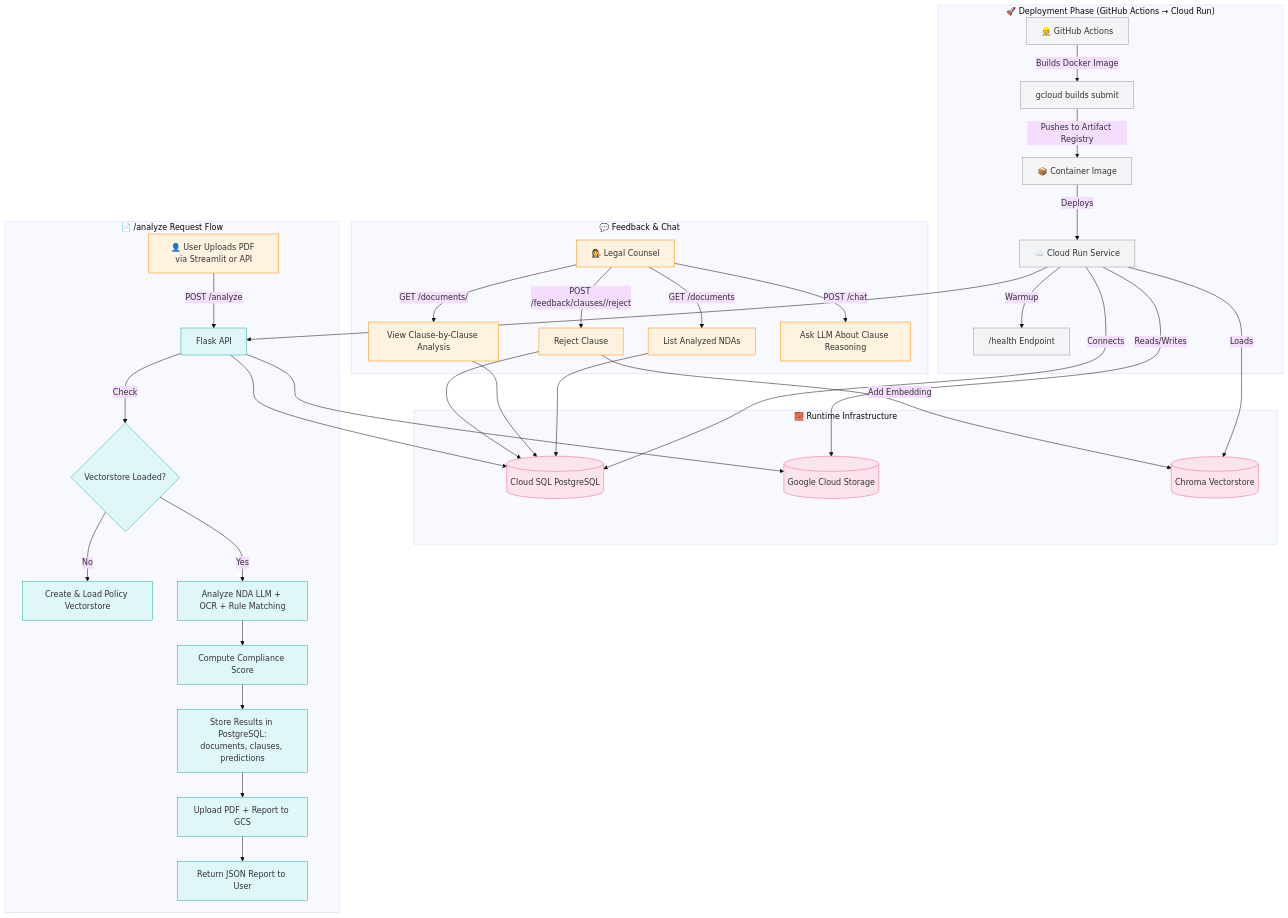
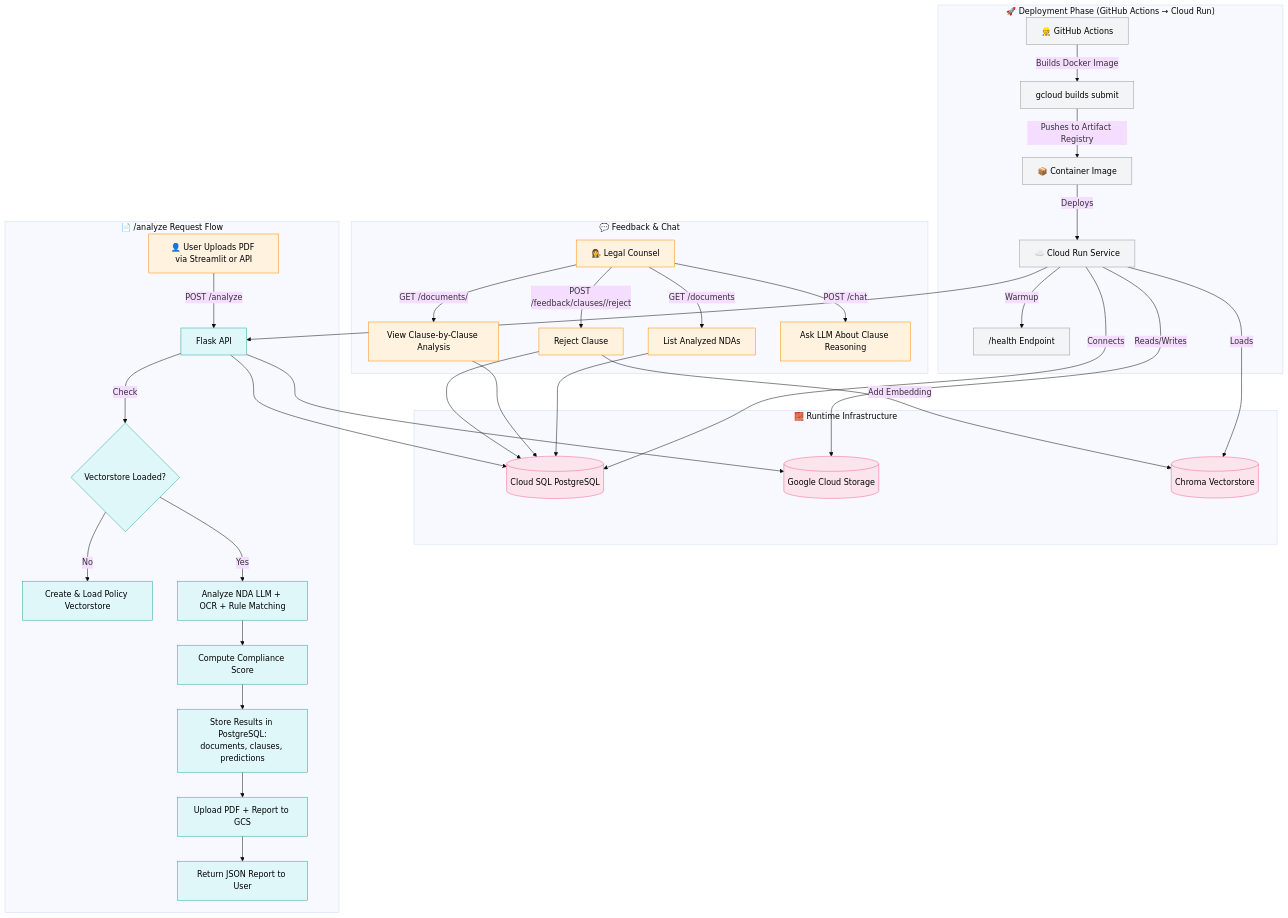
The diagram in README.md (BenMaheu/NDAI), drawn with Mermaid (base theme) before and after one commit. The commit also changed other lines of this file, not shown here.

````diff
--- a/README.md
+++ b/README.md
@@ -140,58 +140,58 @@
 ```mermaid
 flowchart TD
 
 %% === DEPLOYMENT PHASE ===
 subgraph Deploy["🚀 Deployment Phase (GitHub Actions → Cloud Run)"]
   A1[👷 GitHub Actions] -->|Builds Docker Image| A2[gcloud builds submit]
   A2 -->|Pushes to Artifact Registry| A3[📦 Container Image]
   A3 -->|Deploys| A4[☁️ Cloud Run Service]
   A4 -->|Warmup| A5["/health" Endpoint]
 end
 
 %% === RUNTIME INFRASTRUCTURE ===
 subgraph Infra["🧱 Runtime Infrastructure"]
   A4 -->|Connects| DB[(Cloud SQL PostgreSQL)]
   A4 -->|Reads/Writes| GCS[(Google Cloud Storage)]
   A4 -->|Loads| VS[(Chroma Vectorstore)]
 end
 
 %% === ANALYSIS FLOW ===
 subgraph AnalyzeFlow["📄 /analyze Request Flow"]
   U1[👤 User Uploads PDF via Streamlit or API] -->|POST /analyze| B1[Flask API]
   B1 -->|Check| B2{Vectorstore Loaded?}
   B2 -->|No| B3[Create & Load Policy Vectorstore]
   B2 -->|Yes| B4[Analyze NDA LLM + OCR + Rule Matching]
   B4 --> B5[Compute Compliance Score]
   B5 --> B6[Store Results in PostgreSQL:<br/>documents, clauses, predictions]
   B6 --> B7[Upload PDF + Report to GCS]
   B7 --> B8[Return JSON Report to User]
 end
 
 %% === INTERACTION FLOW ===
 subgraph Interact["💬 Feedback & Chat"]
   U2[👩‍⚖️ Legal Counsel] -->|GET /documents| C1[List Analyzed NDAs]
   U2 -->|GET /documents/<id>| C2[View Clause-by-Clause Analysis]
   U2 -->|POST /feedback/clauses/<id>/reject| C3[Reject Clause]
   C3 -->|Add Embedding| VS
   U2 -->|POST /chat| C4[Ask LLM About Clause Reasoning]
 end
 
 %% === RELATIONSHIPS ===
 A4 --> B1
 B1 --> DB
 B1 --> GCS
 C1 --> DB
 C2 --> DB
 C3 --> DB
 
 %% STYLE SECTION
-classDef infra fill:#f3f4f6,stroke:#999,stroke-width:1px;
-classDef api fill:#e0f7fa,stroke:#26a69a,stroke-width:1px;
-classDef data fill:#fce4ec,stroke:#f06292,stroke-width:1px;
-classDef user fill:#fff3e0,stroke:#fb8c00,stroke-width:1px;
+classDef infra fill:#f3f4f6,stroke:#999,stroke-width:1px,color:#000;
+classDef api fill:#e0f7fa,stroke:#26a69a,stroke-width:1px,color:#000;
+classDef data fill:#fce4ec,stroke:#f06292,stroke-width:1px,color:#000;
+classDef user fill:#fff3e0,stroke:#fb8c00,stroke-width:1px,color:#000;
 
 class A1,A2,A3,A4,A5 infra;
 class DB,GCS,VS data;
 class B1,B2,B3,B4,B5,B6,B7,B8 api;
 class U1,U2,C1,C2,C3,C4 user;
 ```
````
